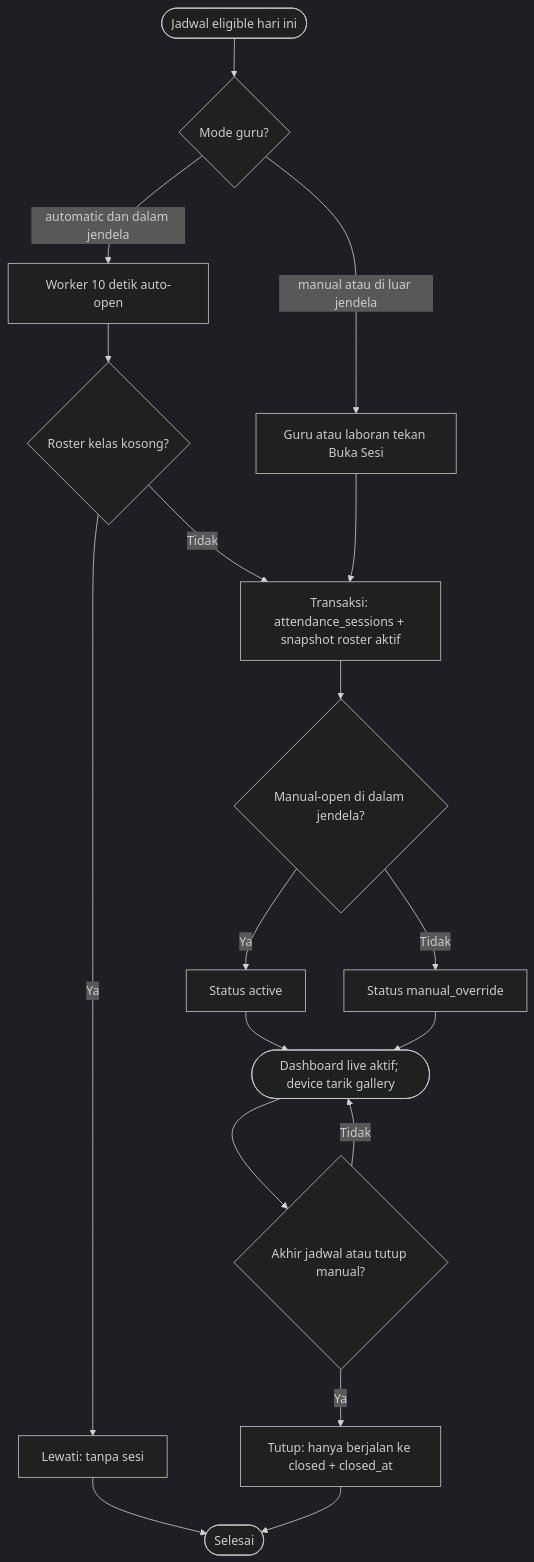
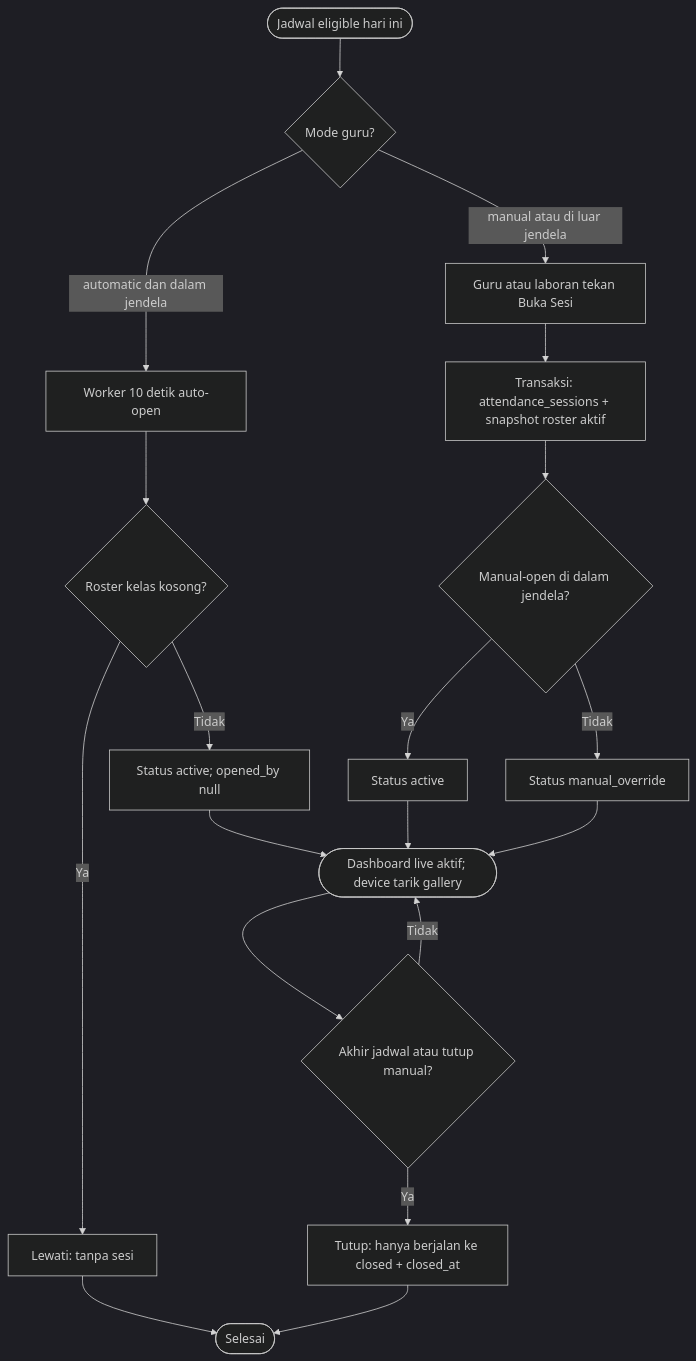
One commit to mygads/Face-Recognition-Capstone changed the fifth of 14 diagrams in docs/proposal/05-activity.md. Above: the diagram before and after it, drawn with Mermaid (dark theme). The commit also changed other lines of this file and 5 other files, not shown here.

````diff
--- a/docs/proposal/05-activity.md
+++ b/docs/proposal/05-activity.md
@@ -82,20 +83,21 @@
 ```mermaid
 flowchart TD
   S([Jadwal eligible hari ini]) --> M{Mode guru?}
   M -- automatic dan dalam jendela --> W[Worker 10 detik auto-open]
   W --> R{Roster kelas kosong?}
   R -- Ya --> SKIP[Lewati: tanpa sesi]
-  R -- Tidak --> T
+  R -- Tidak --> WA[Status active; opened_by null]
+  WA --> D
   M -- manual atau di luar jendela --> O[Guru atau laboran tekan Buka Sesi]
   O --> T[Transaksi: attendance_sessions + snapshot roster aktif]
   T --> G1{Manual-open di dalam jendela?}
   G1 -- Ya --> SA[Status active]
   G1 -- Tidak --> SO[Status manual_override]
   SA --> D
   SO --> D([Dashboard live aktif; device tarik gallery])
   D --> CL{Akhir jadwal atau tutup manual?}
   CL -- Ya --> CSD[Tutup: hanya berjalan ke closed + closed_at]
   CSD --> E([Selesai])
   CL -- Tidak --> D
   SKIP --> E
 ```
````
